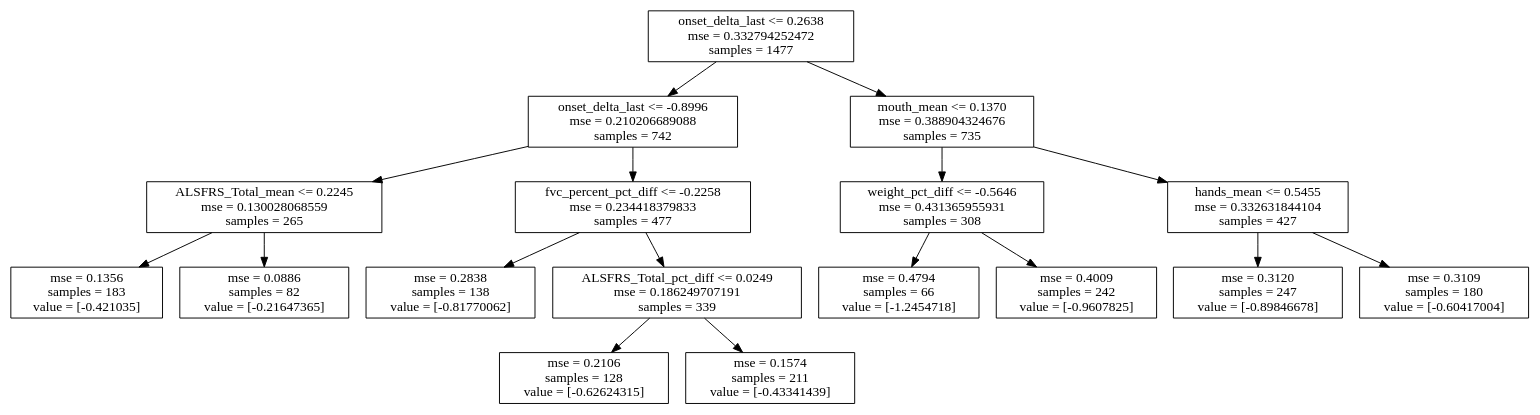
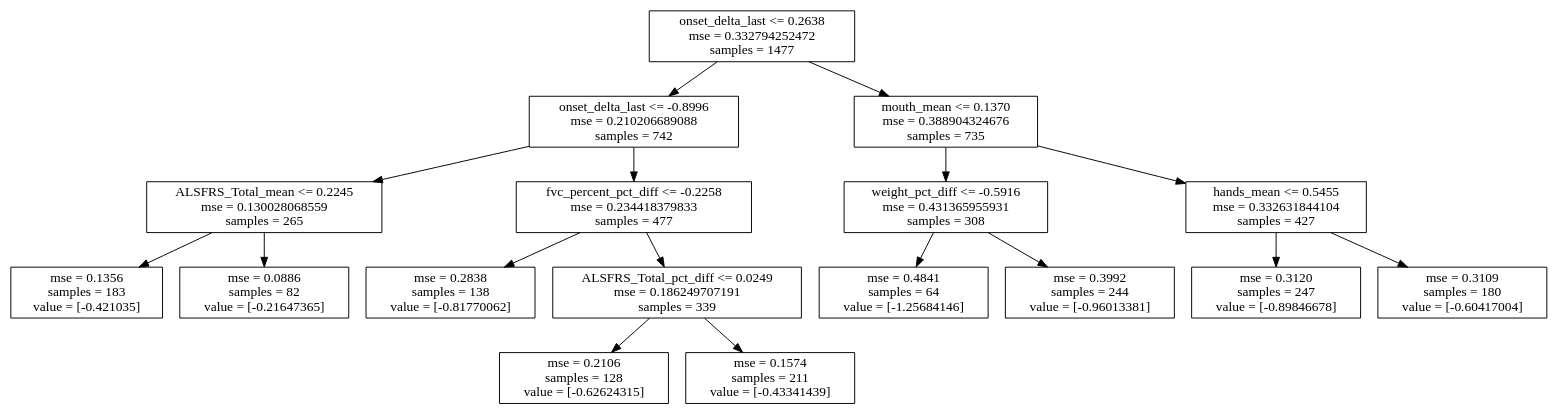
The diagram in tree.dot (ihadanny/turbulence-z-team), drawn with Graphviz before and after one commit. The commit also changed 20 other files, not shown here.

```diff
--- a/tree.dot
+++ b/tree.dot
@@ -1,35 +1,35 @@
 digraph Tree {
 0 [label="onset_delta_last <= 0.2638\nmse = 0.332794252472\nsamples = 1477", shape="box"] ;
 1 [label="onset_delta_last <= -0.8996\nmse = 0.210206689088\nsamples = 742", shape="box"] ;
 0 -> 1 ;
 2 [label="ALSFRS_Total_mean <= 0.2245\nmse = 0.130028068559\nsamples = 265", shape="box"] ;
 1 -> 2 ;
 3 [label="mse = 0.1356\nsamples = 183\nvalue = [-0.421035]", shape="box"] ;
 2 -> 3 ;
 4 [label="mse = 0.0886\nsamples = 82\nvalue = [-0.21647365]", shape="box"] ;
 2 -> 4 ;
 5 [label="fvc_percent_pct_diff <= -0.2258\nmse = 0.234418379833\nsamples = 477", shape="box"] ;
 1 -> 5 ;
 6 [label="mse = 0.2838\nsamples = 138\nvalue = [-0.81770062]", shape="box"] ;
 5 -> 6 ;
 7 [label="ALSFRS_Total_pct_diff <= 0.0249\nmse = 0.186249707191\nsamples = 339", shape="box"] ;
 5 -> 7 ;
 8 [label="mse = 0.2106\nsamples = 128\nvalue = [-0.62624315]", shape="box"] ;
 7 -> 8 ;
 9 [label="mse = 0.1574\nsamples = 211\nvalue = [-0.43341439]", shape="box"] ;
 7 -> 9 ;
 10 [label="mouth_mean <= 0.1370\nmse = 0.388904324676\nsamples = 735", shape="box"] ;
 0 -> 10 ;
-11 [label="weight_pct_diff <= -0.5646\nmse = 0.431365955931\nsamples = 308", shape="box"] ;
+11 [label="weight_pct_diff <= -0.5916\nmse = 0.431365955931\nsamples = 308", shape="box"] ;
 10 -> 11 ;
-12 [label="mse = 0.4794\nsamples = 66\nvalue = [-1.2454718]", shape="box"] ;
+12 [label="mse = 0.4841\nsamples = 64\nvalue = [-1.25684146]", shape="box"] ;
 11 -> 12 ;
-13 [label="mse = 0.4009\nsamples = 242\nvalue = [-0.9607825]", shape="box"] ;
+13 [label="mse = 0.3992\nsamples = 244\nvalue = [-0.96013381]", shape="box"] ;
 11 -> 13 ;
 14 [label="hands_mean <= 0.5455\nmse = 0.332631844104\nsamples = 427", shape="box"] ;
 10 -> 14 ;
 15 [label="mse = 0.3120\nsamples = 247\nvalue = [-0.89846678]", shape="box"] ;
 14 -> 15 ;
 16 [label="mse = 0.3109\nsamples = 180\nvalue = [-0.60417004]", shape="box"] ;
 14 -> 16 ;
 }
```
